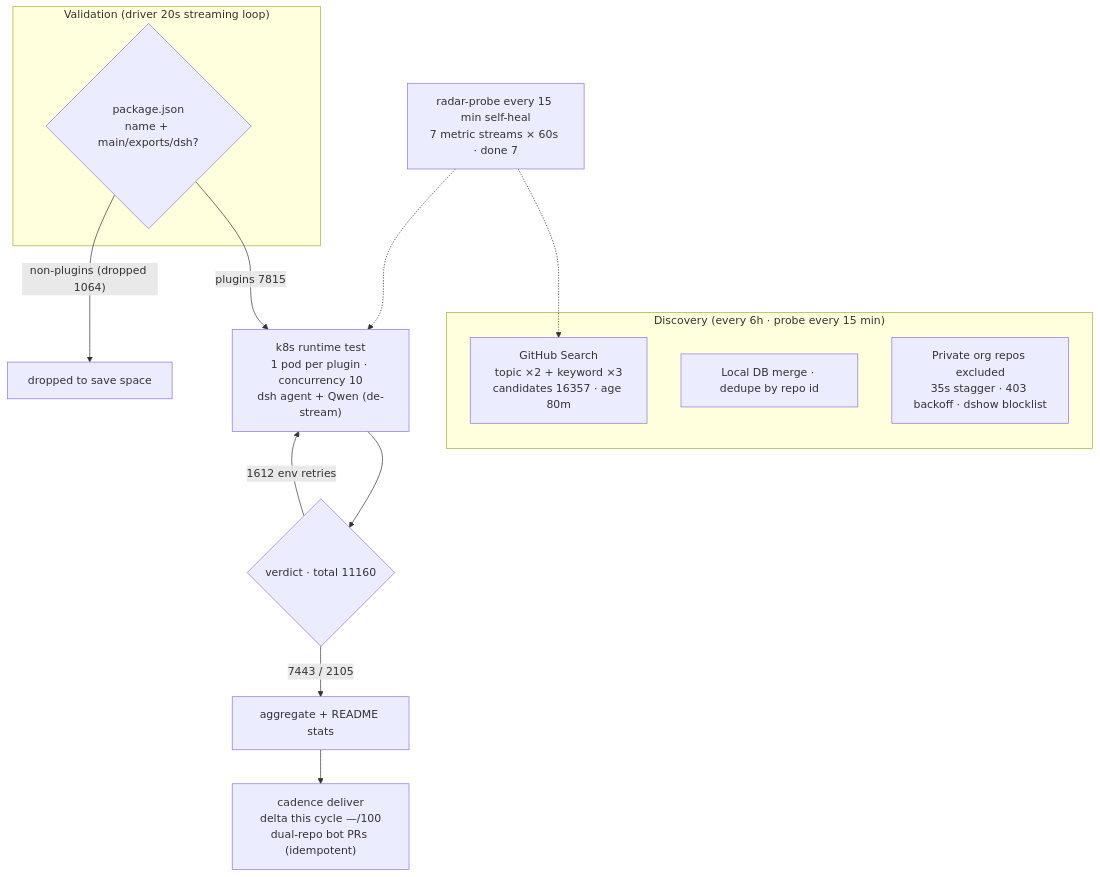
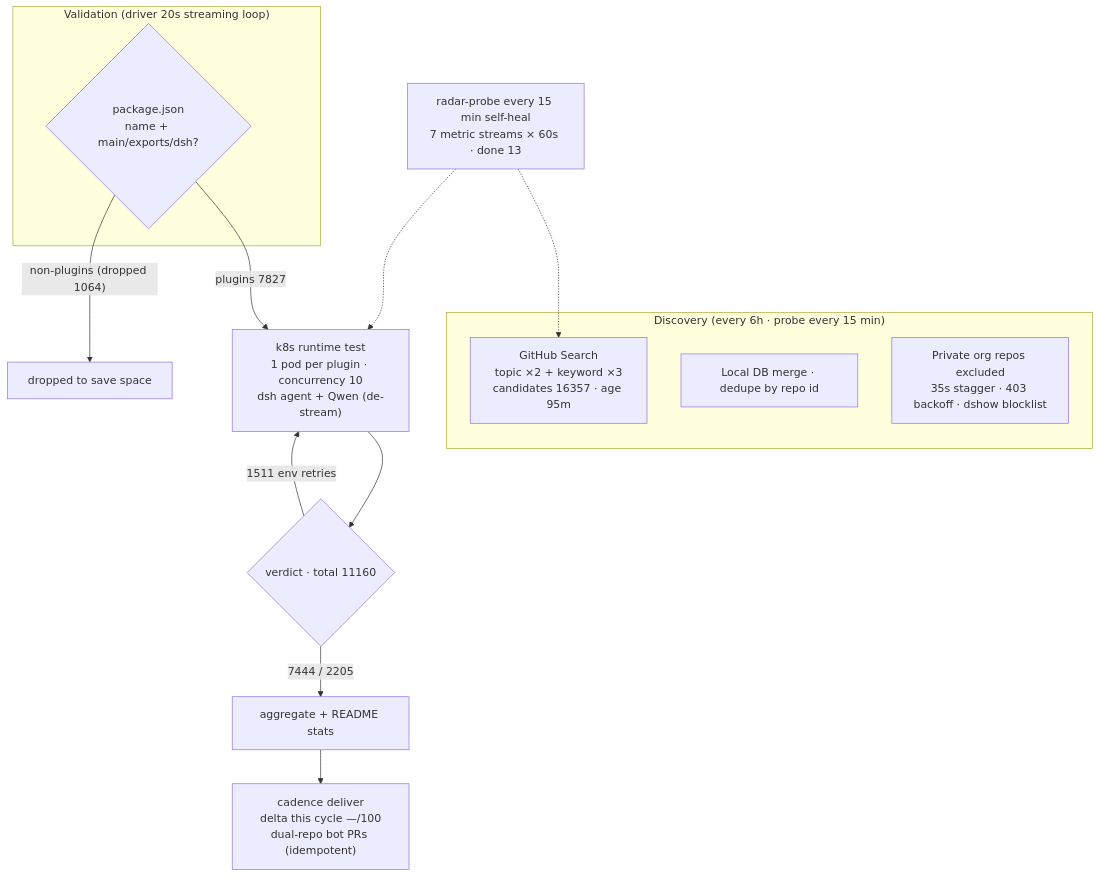
One commit to AdamPlatin123/awesome-dsh-plugins changed the diagram in README.en-US.md. Above: the diagram before and after it, drawn with Mermaid. The commit also changed other lines of this file and 5 other files, not shown here.

````diff
--- a/README.en-US.md
+++ b/README.en-US.md
@@ -45,20 +45,20 @@
 ```mermaid
 flowchart TB
     subgraph Discovery["Discovery (every 6h · probe every 15 min)"]
-        A1["GitHub Search<br/>topic ×2 + keyword ×3<br/>candidates 16357 · age 80m"]
+        A1["GitHub Search<br/>topic ×2 + keyword ×3<br/>candidates 16357 · age 95m"]
         A2["Local DB merge · dedupe by repo id"]
         A3["Private org repos excluded<br/>35s stagger · 403 backoff · dshow blocklist"]
     end
     subgraph Validation["Validation (driver 20s streaming loop)"]
         B1{"package.json<br/>name + main/exports/dsh?"}
     end
-    B1 -->|"plugins 7815"| C1["k8s runtime test<br/>1 pod per plugin · concurrency 10<br/>dsh agent + Qwen (de-stream)"]
+    B1 -->|"plugins 7827"| C1["k8s runtime test<br/>1 pod per plugin · concurrency 10<br/>dsh agent + Qwen (de-stream)"]
     B1 -->|"non-plugins (dropped 1064)"| B3["dropped to save space"]
     C1 --> D1{"verdict · total 11160"}
-    D1 -->|"7443 / 2105"| E1["aggregate + README stats"]
-    D1 -->|"1612 env retries"| C1
+    D1 -->|"7444 / 2205"| E1["aggregate + README stats"]
+    D1 -->|"1511 env retries"| C1
     E1 --> E2["cadence deliver<br/>delta this cycle —/100<br/>dual-repo bot PRs (idempotent)"]
-    M["radar-probe every 15 min self-heal<br/>7 metric streams × 60s · done 7"]
+    M["radar-probe every 15 min self-heal<br/>7 metric streams × 60s · done 13"]
     M -.-> A1
     M -.-> C1
 ```
````
